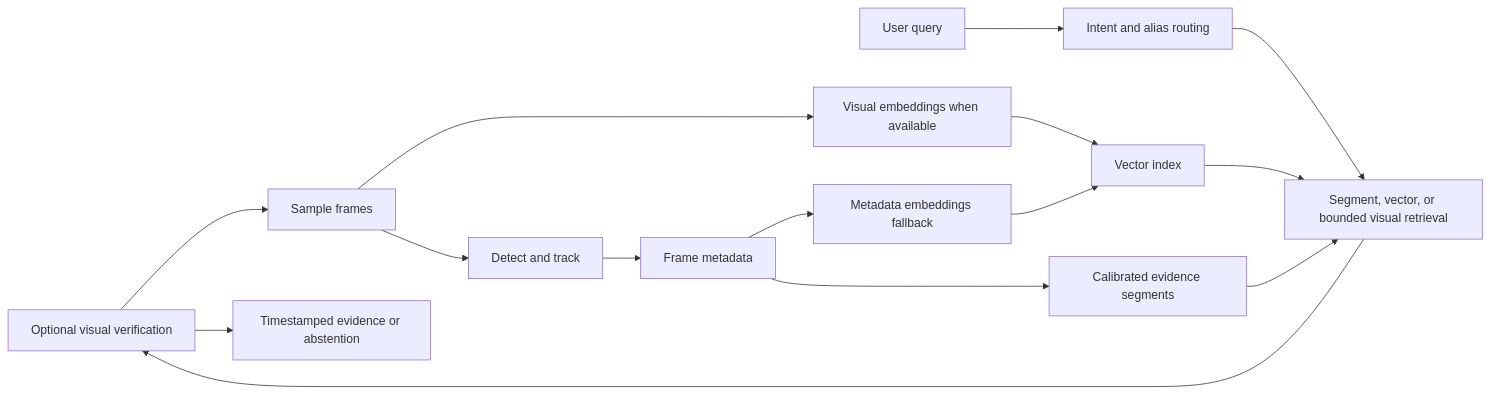
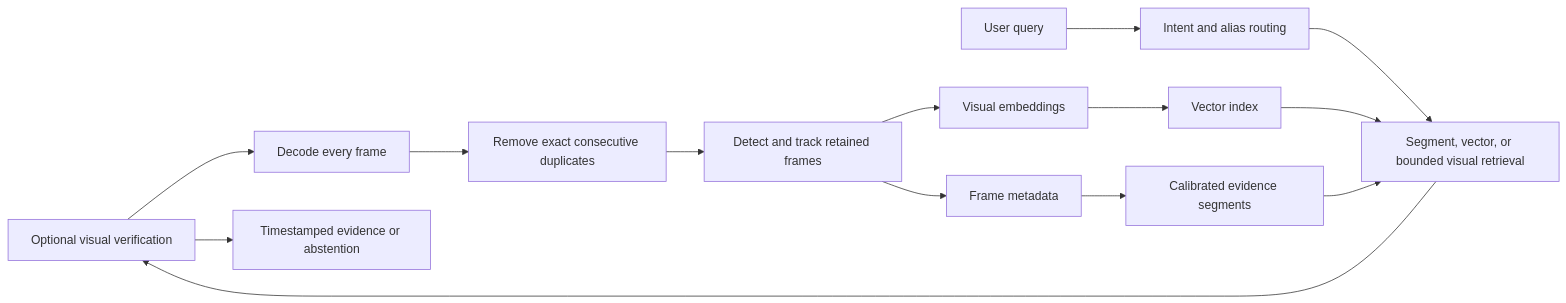
The diagram in documentation/ARCHITECTURE.md (priyansupattanaik/visionguard-ai), drawn with Mermaid before and after one commit. The commit also changed other lines of this file and 15 other files, not shown here.

First line of the commit message:
Index every frame with exact consecutive dedup only.

````diff
--- a/documentation/ARCHITECTURE.md
+++ b/documentation/ARCHITECTURE.md
@@ -7,17 +7,16 @@
 ```mermaid
 flowchart LR
-  V[Video] --> S[Sample frames]
-  S --> D[Detect and track]
+  V[Video] --> S[Decode every frame]
+  S --> X[Remove exact consecutive duplicates]
+  X --> D[Detect and track retained frames]
   D --> M[Frame metadata]
   M --> G[Calibrated evidence segments]
-  S --> E[Visual embeddings when available]
-  M --> F[Metadata embeddings fallback]
+  D --> E[Visual embeddings]
   E --> I[Vector index]
-  F --> I
   Q[User query] --> P[Intent and alias routing]
   P --> R[Segment, vector, or bounded visual retrieval]
   I --> R
   G --> R
   R --> V[Optional visual verification]
   V --> O[Timestamped evidence or abstention]
 ```
````
